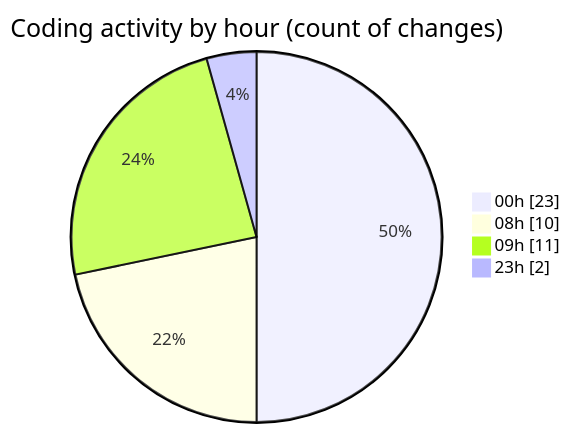
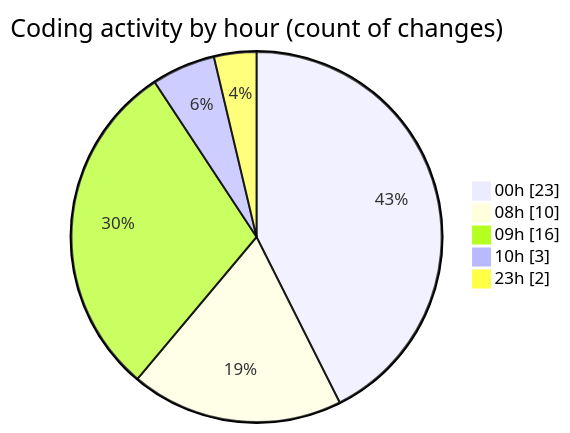
One commit to Elitesun/code-tracking changed the second of 2 diagrams in 2025-05-29/advertise/README.md. Above: the diagram before and after it, drawn with Mermaid. The commit also changed other lines of this file and 1 other file, not shown here.

````diff
--- a/2025-05-29/advertise/README.md
+++ b/2025-05-29/advertise/README.md
@@ -35,8 +35,9 @@
 ```mermaid
 pie showData
 title Coding activity by hour (count of changes)
 "00h" : 23
 "08h" : 10
-"09h" : 11
+"09h" : 16
+"10h" : 3
 "23h" : 2
 ```
````
